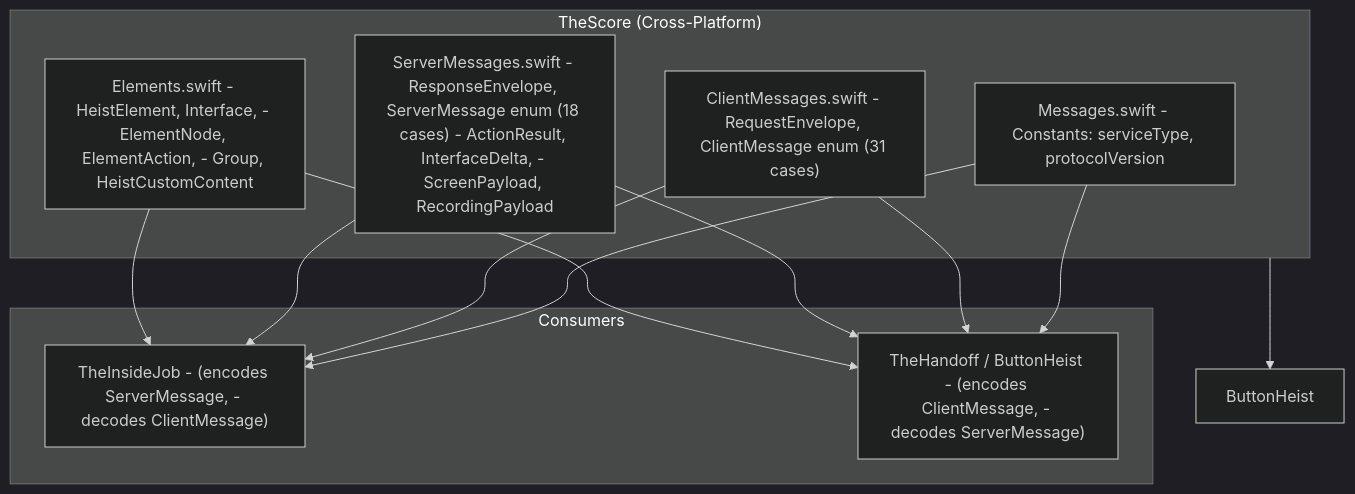
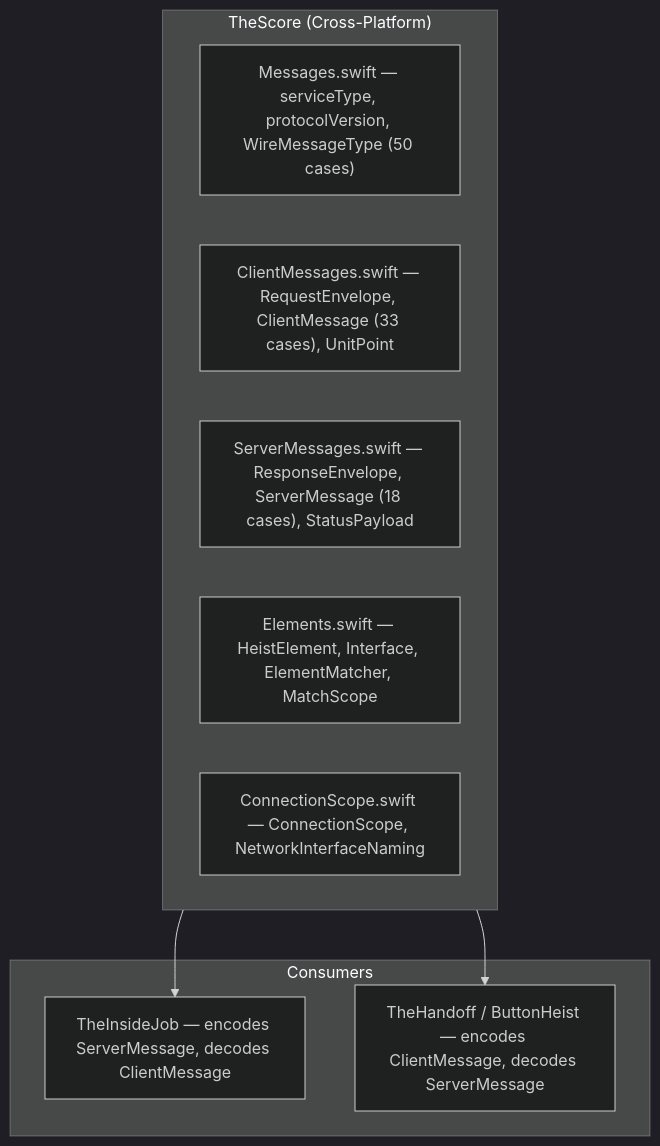
Before and after one commit to RoyalPineapple/TheButtonHeist: the first of 7 diagrams in docs/dossiers/01-THESCORE.md, drawn with Mermaid (dark theme). The commit also changed other lines of this file and 11 other files, not shown here.

````diff
--- a/docs/dossiers/01-THESCORE.md
+++ b/docs/dossiers/01-THESCORE.md
@@ -27,24 +42,18 @@
 ```mermaid
 graph TD
     subgraph TheScore["TheScore (Cross-Platform)"]
-        Messages["Messages.swift - Constants: serviceType, protocolVersion"]
-        Client["ClientMessages.swift - RequestEnvelope, ClientMessage enum (31 cases)"]
-        Server["ServerMessages.swift - ResponseEnvelope, ServerMessage enum (18 cases) - ActionResult, InterfaceDelta, - ScreenPayload, RecordingPayload"]
-        Elements["Elements.swift - HeistElement, Interface, - ElementNode, ElementAction, - Group, HeistCustomContent"]
+        Messages["Messages.swift — serviceType, protocolVersion, WireMessageType (50 cases)"]
+        Client["ClientMessages.swift — RequestEnvelope, ClientMessage (33 cases), UnitPoint"]
+        Server["ServerMessages.swift — ResponseEnvelope, ServerMessage (18 cases), StatusPayload"]
+        Elements["Elements.swift — HeistElement, Interface, ElementMatcher, MatchScope"]
+        ConnScope["ConnectionScope.swift — ConnectionScope, NetworkInterfaceNaming"]
     end
 
     subgraph Consumers["Consumers"]
-        TheInsideJob["TheInsideJob - (encodes ServerMessage, - decodes ClientMessage)"]
-        TH["TheHandoff / ButtonHeist - (encodes ClientMessage, - decodes ServerMessage)"]
+        TheInsideJob["TheInsideJob — encodes ServerMessage, decodes ClientMessage"]
+        TH["TheHandoff / ButtonHeist — encodes ClientMessage, decodes ServerMessage"]
     end
 
-    Messages --> TheInsideJob
-    Messages --> TH
-    Client --> TheInsideJob
-    Client --> TH
-    Server --> TheInsideJob
-    Server --> TH
-    Elements --> TheInsideJob
-    Elements --> TH
-    TheScore --> ButtonHeist
+    TheScore --> TheInsideJob
+    TheScore --> TH
 ```
````
